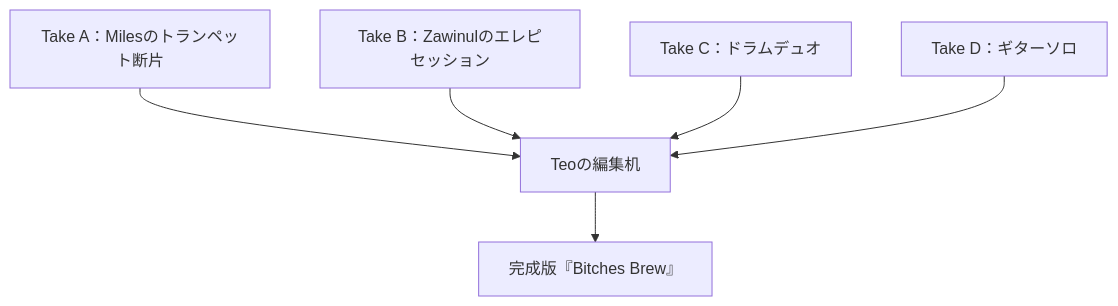
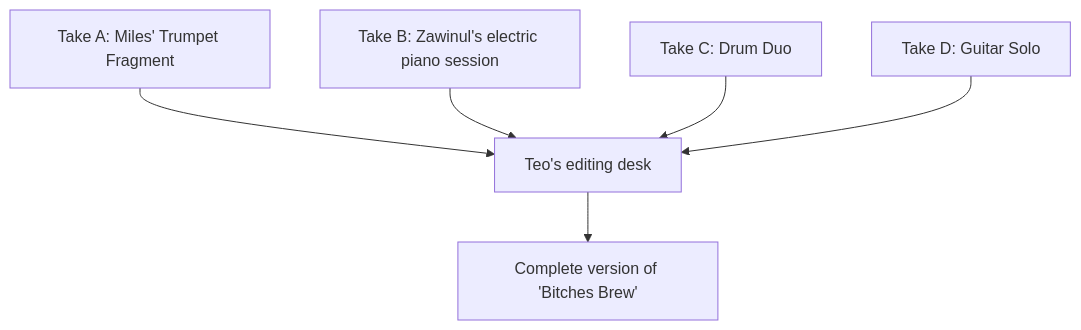
The second of 12 diagrams in en/_posts/2025-10-28-column-macero-miles.md (monumental-movement/monumental-movement.github.io), drawn with Mermaid before and after one commit. The commit also changed other lines of this file and 152 other files, not shown here.

```diff
--- a/en/_posts/2025-10-28-column-macero-miles.md
+++ b/en/_posts/2025-10-28-column-macero-miles.md
@@ -97,16 +97,16 @@
 <div class="mermaid">
 
 graph TD
-    T1["Take A：Milesのトランペット断片"]
-    T2["Take B：Zawinulのエレピセッション"]
-    T3["Take C：ドラムデュオ"]
-    T4["Take D：ギターソロ"]
-    E["Teoの編集机"]
-    F["完成版『Bitches Brew』"]
+    T1["Take A: Miles' Trumpet Fragment"]
+    T2["Take B: Zawinul's electric piano session"]
+    T3["Take C: Drum Duo"]
+    T4["Take D: Guitar Solo"]
+    E["Teo's editing desk"]
+    F["Complete version of 'Bitches Brew'"]
     T1 --> E
     T2 --> E
     T3 --> E
     T4 --> E
     E --> F
 
 </div>
```
